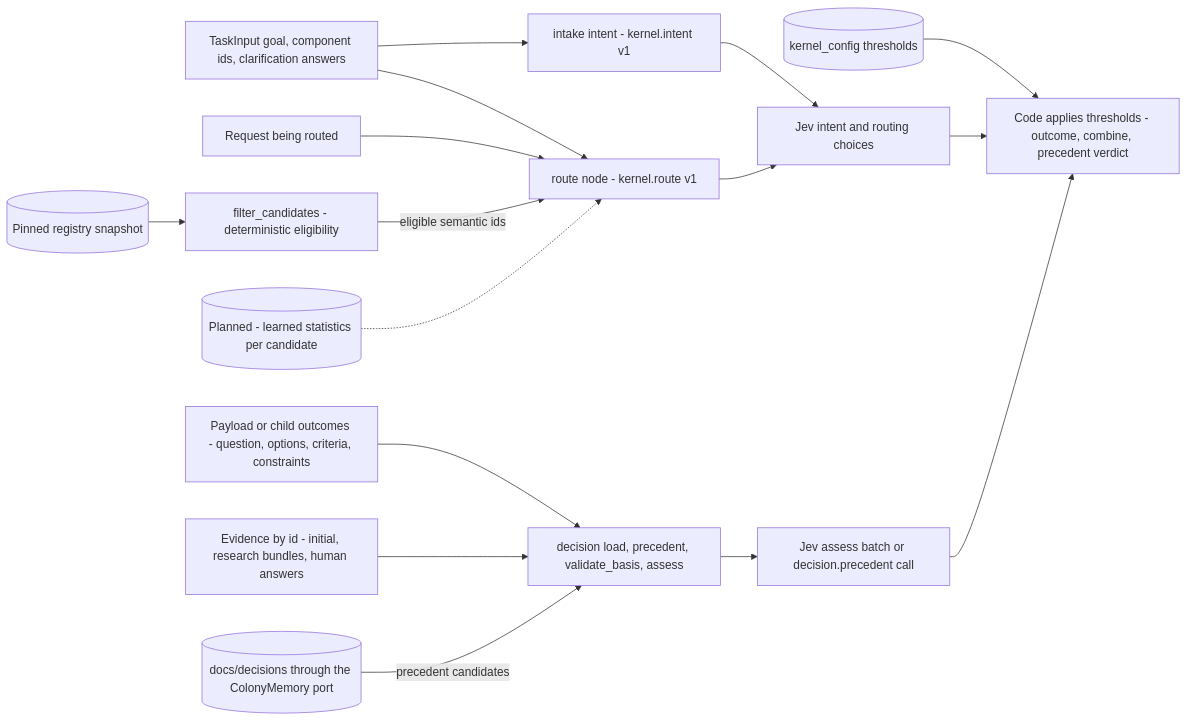
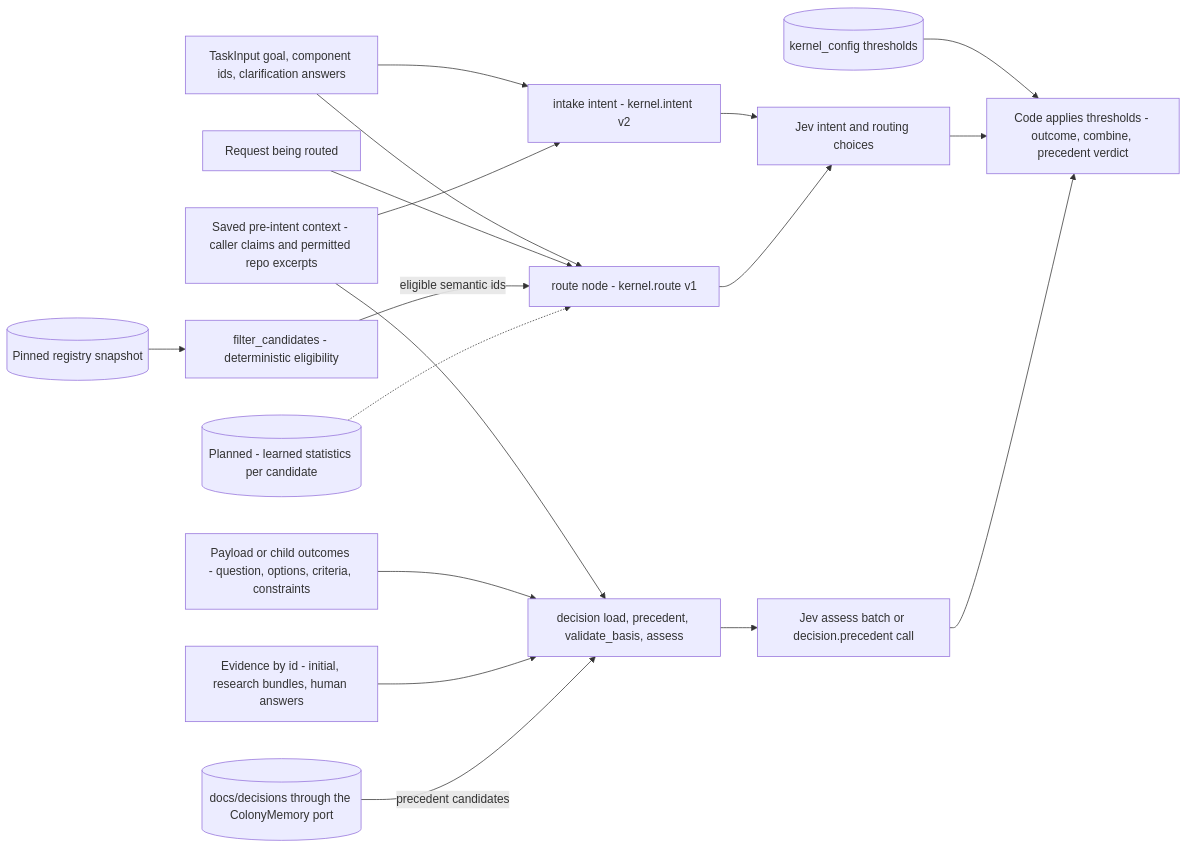
Before and after one commit to urlmonitor/leafcutter-ai: the diagram in docs/architecture/diagrams/c3-017-decision-kernel-context-jev.md, drawn with Mermaid. The commit also changed other lines of this file and 82 other files, not shown here.

Commit message:
feat(kernel): enrich context before intent classification

````diff
--- a/docs/architecture/diagrams/c3-017-decision-kernel-context-jev.md
+++ b/docs/architecture/diagrams/c3-017-decision-kernel-context-jev.md
@@ -47,18 +47,20 @@
 ```mermaid
 flowchart LR
-  TI["TaskInput goal, component ids, clarification answers"] --> IN["intake intent - kernel.intent v1"]
+  TI["TaskInput goal, component ids, clarification answers"] --> IN["intake intent - kernel.intent v2"]
+  CTX["Saved pre-intent context - caller claims and permitted repo excerpts"] --> IN
+  CTX --> LD
   TI --> RT["route node - kernel.route v1"]
   RQ["Request being routed"] --> RT
   REG[("Pinned registry snapshot")] --> EF["filter_candidates - deterministic eligibility"]
   EF -->|"eligible semantic ids"| RT
   ST[("Planned - learned statistics per candidate")] -.-> RT
   IN --> JR["Jev intent and routing choices"]
   RT --> JR
   PAY["Payload or child outcomes - question, options, criteria, constraints"] --> LD["decision load, precedent, validate_basis, assess"]
   EV["Evidence by id - initial, research bundles, human answers"] --> LD
   MEM[("docs/decisions through the ColonyMemory port")] -->|"precedent candidates"| LD
   LD --> JD["Jev assess batch or decision.precedent call"]
   CFG[("kernel_config thresholds")] --> CODE["Code applies thresholds - outcome, combine, precedent verdict"]
   JR --> CODE
   JD --> CODE
 ```
````
